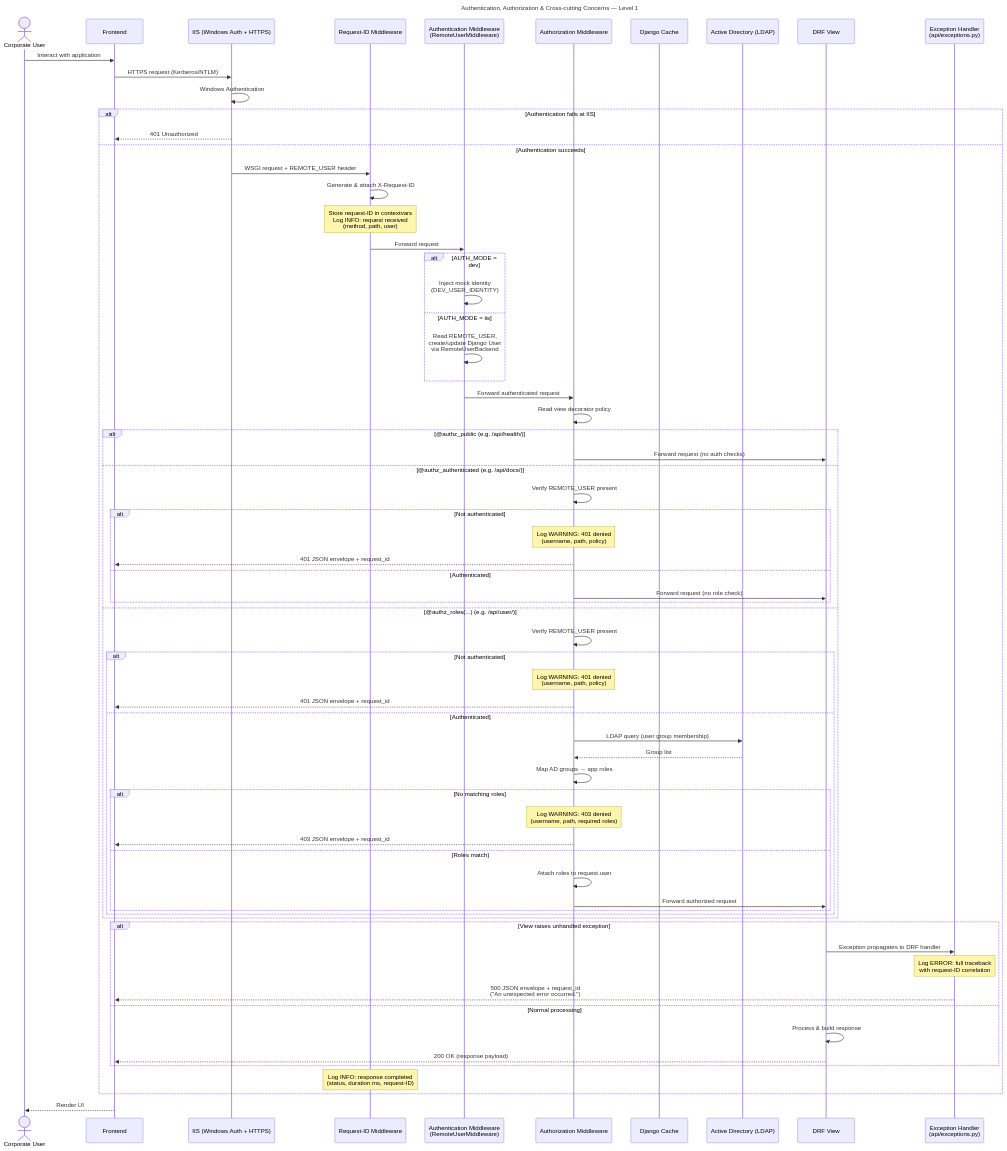
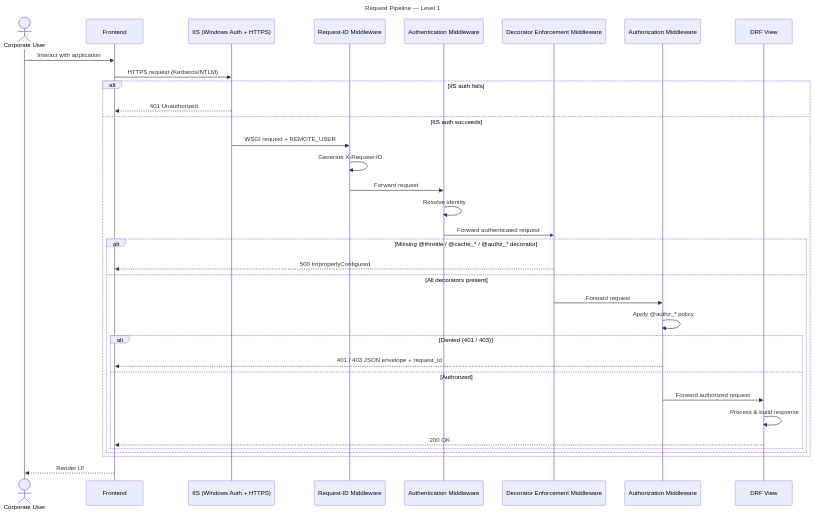
The sixth of 11 diagrams in docs/spec.md (LewisCM14/django_auth), drawn with Mermaid before and after one commit. The commit also changed other lines of this file and 30 other files, not shown here.

````diff
--- a/docs/spec.md
+++ b/docs/spec.md
@@ -180,80 +250,40 @@
 ```mermaid
 ---
-title: Authentication, Authorization & Cross-cutting Concerns — Level 1
+title: Request Pipeline — Level 1
 ---
 sequenceDiagram
     actor User as Corporate User
     participant FE as Frontend
     participant IIS as IIS (Windows Auth + HTTPS)
     participant RID as Request-ID Middleware
-    participant AuthN as Authentication Middleware<br/>(RemoteUserMiddleware)
+    participant AuthN as Authentication Middleware
+    participant Enforce as Decorator Enforcement Middleware
     participant AuthZ as Authorization Middleware
-    participant Cache as Django Cache
-    participant AD as Active Directory (LDAP)
     participant View as DRF View
-    participant EH as Exception Handler<br/>(api/exceptions.py)
 
     User->>FE: Interact with application
     FE->>IIS: HTTPS request (Kerberos/NTLM)
-    IIS->>IIS: Windows Authentication
-    alt Authentication fails at IIS
+    alt IIS auth fails
         IIS-->>FE: 401 Unauthorized
-    else Authentication succeeds
-        IIS->>RID: WSGI request + REMOTE_USER header
-        RID->>RID: Generate & attach X-Request-ID
-        Note over RID: Store request-ID in contextvars<br/>Log INFO: request received<br/>(method, path, user)
+    else IIS auth succeeds
+        IIS->>RID: WSGI request + REMOTE_USER
+        RID->>RID: Generate X-Request-ID
         RID->>AuthN: Forward request
-
-        alt AUTH_MODE = dev
-            AuthN->>AuthN: Inject mock identity<br/>(DEV_USER_IDENTITY)
-        else AUTH_MODE = iis
-            AuthN->>AuthN: Read REMOTE_USER,<br/>create/update Django User<br/>via RemoteUserBackend
-        end
-
-        AuthN->>AuthZ: Forward authenticated request
-
-        AuthZ->>AuthZ: Read view decorator policy
-
-        alt @authz_public (e.g. /api/health/)
-            AuthZ->>View: Forward request (no auth checks)
-        else @authz_authenticated (e.g. /api/docs/)
-            AuthZ->>AuthZ: Verify REMOTE_USER present
-            alt Not authenticated
-                Note over AuthZ: Log WARNING: 401 denied<br/>(username, path, policy)
-                AuthZ-->>FE: 401 JSON envelope + request_id
-            else Authenticated
-                AuthZ->>View: Forward request (no role check)
-            end
-        else @authz_roles(...) (e.g. /api/user/)
-            AuthZ->>AuthZ: Verify REMOTE_USER present
-            alt Not authenticated
-                Note over AuthZ: Log WARNING: 401 denied<br/>(username, path, policy)
-                AuthZ-->>FE: 401 JSON envelope + request_id
-            else Authenticated
-                AuthZ->>AD: LDAP query (user group membership)
-                AD-->>AuthZ: Group list
-                AuthZ->>AuthZ: Map AD groups → app roles
-
-                alt No matching roles
-                    Note over AuthZ: Log WARNING: 403 denied<br/>(username, path, required roles)
-                    AuthZ-->>FE: 403 JSON envelope + request_id
-                else Roles match
-                    AuthZ->>AuthZ: Attach roles to request.user
-                    AuthZ->>View: Forward authorized request
-                end
+        AuthN->>AuthN: Resolve identity
+        AuthN->>Enforce: Forward authenticated request
+        alt Missing @throttle / @cache_* / @authz_* decorator
+            Enforce-->>FE: 500 ImproperlyConfigured
+        else All decorators present
+            Enforce->>AuthZ: Forward request
+            AuthZ->>AuthZ: Apply @authz_* policy
+            alt Denied (401 / 403)
+                AuthZ-->>FE: 401 / 403 JSON envelope + request_id
+            else Authorized
+                AuthZ->>View: Forward authorized request
+                View->>View: Process & build response
+                View-->>FE: 200 OK
             end
         end
-
-        alt View raises unhandled exception
-            View->>EH: Exception propagates to DRF handler
-            Note over EH: Log ERROR: full traceback<br/>with request-ID correlation
-            EH-->>FE: 500 JSON envelope + request_id<br/>("An unexpected error occurred.")
-        else Normal processing
-            View->>View: Process & build response
-            View-->>FE: 200 OK (response payload)
-        end
-
-        Note over RID: Log INFO: response completed<br/>(status, duration ms, request-ID)
     end
     FE-->>User: Render UI
 ```
````
